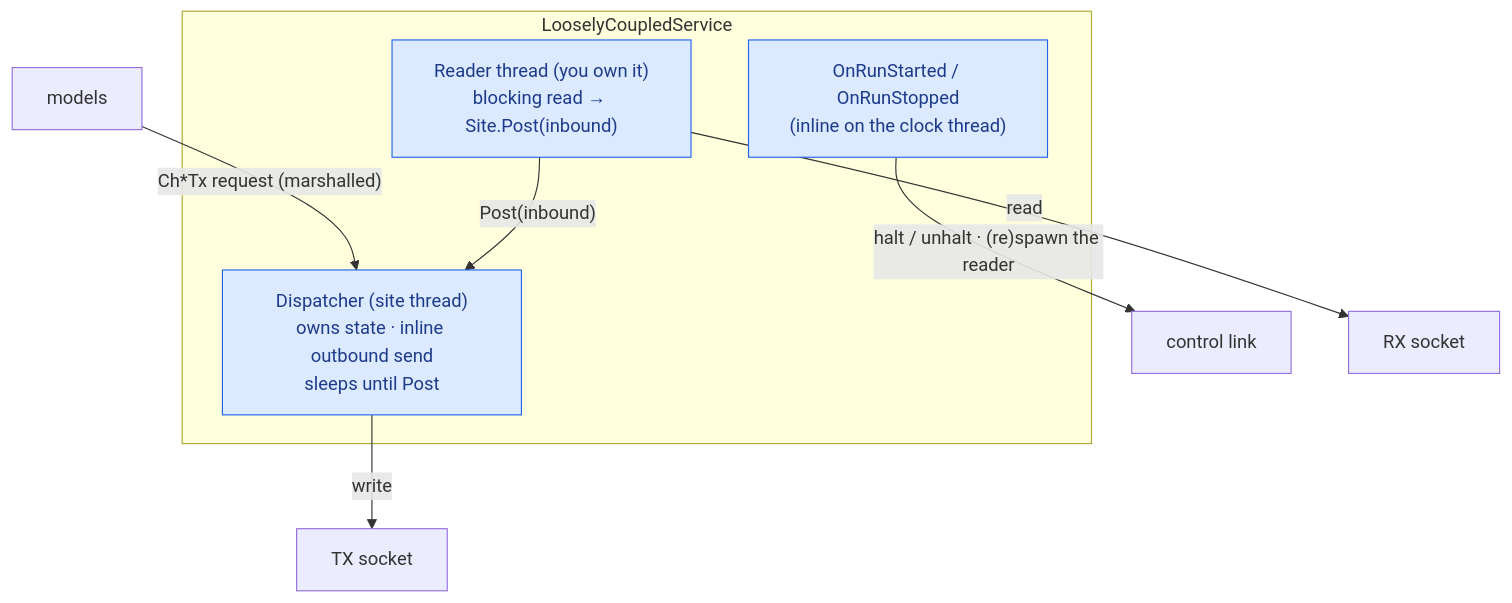
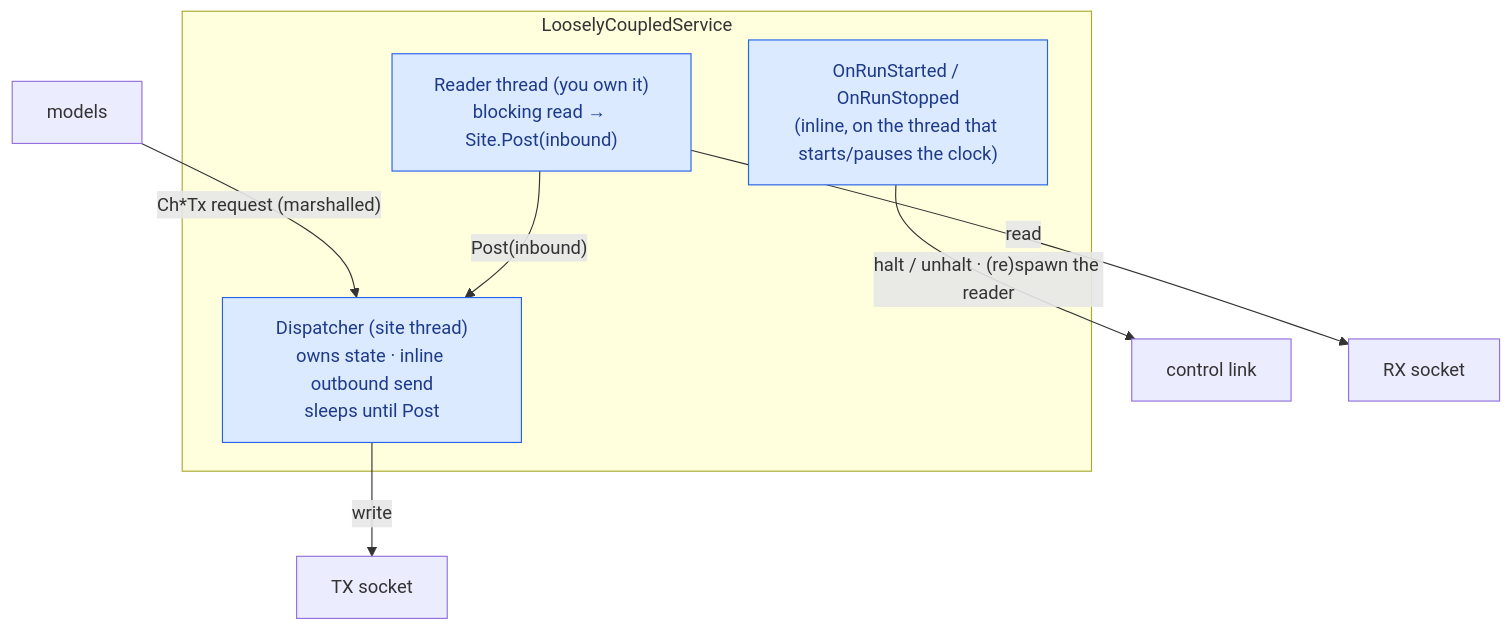
Before and after one commit to SimulaSharp-org/simulasharp-docs: the sixth of 6 diagrams in public/content/services.md, drawn with Mermaid. The commit also changed other lines of this file and 1 other file, not shown here.

````diff
--- a/public/content/services.md
+++ b/public/content/services.md
@@ -310,15 +345,15 @@
 ```mermaid
 flowchart TB
   subgraph svc ["LooselyCoupledService"]
     D["Dispatcher (site thread)<br/>owns state · inline outbound send<br/>sleeps until Post"]
     R["Reader thread (you own it)<br/>blocking read → Site.Post(inbound)"]
-    C["OnRunStarted / OnRunStopped<br/>(inline on the clock thread)"]
+    C["OnRunStarted / OnRunStopped<br/>(inline, on the thread that starts/pauses the clock)"]
   end
   M["models"] -->|"Ch*Tx request (marshalled)"| D
   R -->|"Post(inbound)"| D
   C -->|"halt / unhalt · (re)spawn the reader"| HW["control link"]
   D -->|"write"| TX["TX socket"]
   R -->|"read"| RX["RX socket"]
   classDef k fill:#dbeafe,stroke:#2563eb,color:#1e3a8a;
   class D,R,C k;
 ```
````
